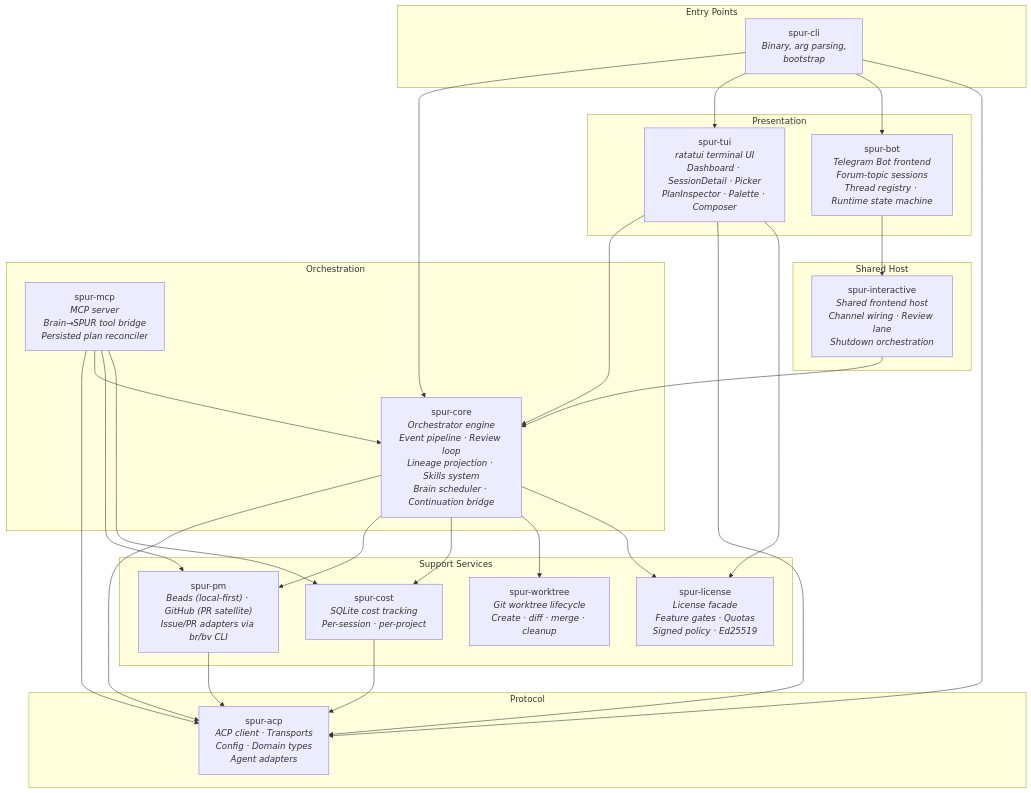
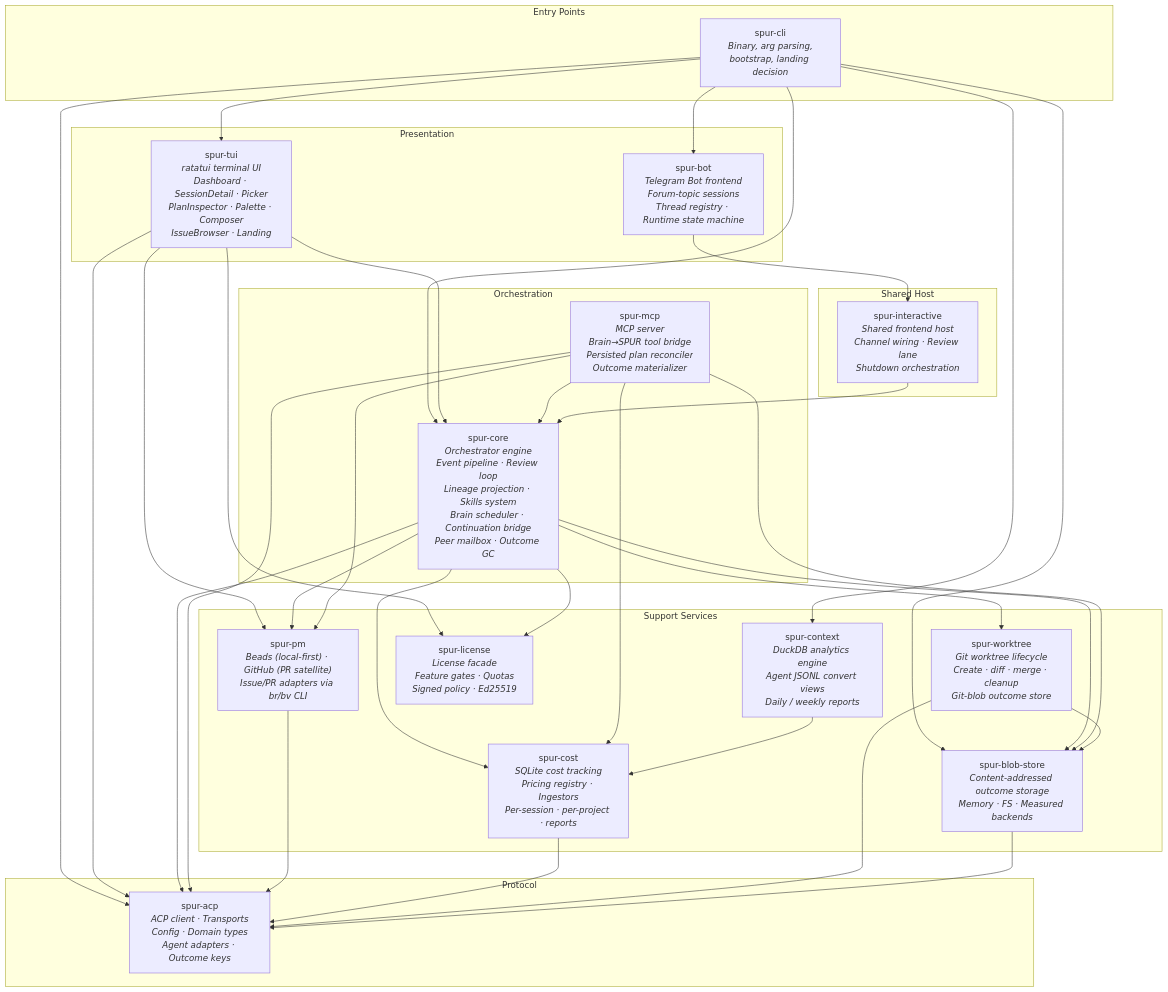
Before and after one commit to getspur/spur: the first of 6 diagrams in docs/architecture.md, drawn with Mermaid. The commit also changed other lines of this file, not shown here.

First line of the commit message:
docs(architecture): mark Risk #21 fixed by bd-arch.21

````diff
--- a/docs/architecture.md
+++ b/docs/architecture.md
@@ -9,52 +11,63 @@
 ```mermaid
 graph TB
     subgraph "Entry Points"
-        CLI["spur-cli<br/><i>Binary, arg parsing,<br/>bootstrap</i>"]
+        CLI["spur-cli<br/><i>Binary, arg parsing,<br/>bootstrap, landing decision</i>"]
     end
 
     subgraph "Presentation"
-        TUI["spur-tui<br/><i>ratatui terminal UI<br/>Dashboard · SessionDetail · Picker<br/>PlanInspector · Palette · Composer</i>"]
+        TUI["spur-tui<br/><i>ratatui terminal UI<br/>Dashboard · SessionDetail · Picker<br/>PlanInspector · Palette · Composer<br/>IssueBrowser · Landing</i>"]
         BOT["spur-bot<br/><i>Telegram Bot frontend<br/>Forum-topic sessions<br/>Thread registry · Runtime state machine</i>"]
     end
 
     subgraph "Orchestration"
-        CORE["spur-core<br/><i>Orchestrator engine<br/>Event pipeline · Review loop<br/>Lineage projection · Skills system<br/>Brain scheduler · Continuation bridge</i>"]
-        MCP["spur-mcp<br/><i>MCP server<br/>Brain→SPUR tool bridge<br/>Persisted plan reconciler</i>"]
+        CORE["spur-core<br/><i>Orchestrator engine<br/>Event pipeline · Review loop<br/>Lineage projection · Skills system<br/>Brain scheduler · Continuation bridge<br/>Peer mailbox · Outcome GC</i>"]
+        MCP["spur-mcp<br/><i>MCP server<br/>Brain→SPUR tool bridge<br/>Persisted plan reconciler<br/>Outcome materializer</i>"]
     end
 
     subgraph "Protocol"
-        ACP["spur-acp<br/><i>ACP client · Transports<br/>Config · Domain types<br/>Agent adapters</i>"]
+        ACP["spur-acp<br/><i>ACP client · Transports<br/>Config · Domain types<br/>Agent adapters · Outcome keys</i>"]
     end
 
     subgraph "Support Services"
         PM["spur-pm<br/><i>Beads (local-first) · GitHub (PR satellite)<br/>Issue/PR adapters via br/bv CLI</i>"]
-        COST["spur-cost<br/><i>SQLite cost tracking<br/>Per-session · per-project</i>"]
-        WT["spur-worktree<br/><i>Git worktree lifecycle<br/>Create · diff · merge · cleanup</i>"]
+        COST["spur-cost<br/><i>SQLite cost tracking<br/>Pricing registry · Ingestors<br/>Per-session · per-project · reports</i>"]
+        WT["spur-worktree<br/><i>Git worktree lifecycle<br/>Create · diff · merge · cleanup<br/>Git-blob outcome store</i>"]
         LICENSE["spur-license<br/><i>License facade<br/>Feature gates · Quotas<br/>Signed policy · Ed25519</i>"]
+        BLOB["spur-blob-store<br/><i>Content-addressed outcome storage<br/>Memory · FS · Measured backends</i>"]
+        CTX["spur-context<br/><i>DuckDB analytics engine<br/>Agent JSONL convert views<br/>Daily / weekly reports</i>"]
     end
 
     subgraph "Shared Host"
         INTERACTIVE["spur-interactive<br/><i>Shared frontend host<br/>Channel wiring · Review lane<br/>Shutdown orchestration</i>"]
     end
 
     CLI --> CORE
     CLI --> TUI
     CLI --> BOT
     CLI --> ACP
+    CLI --> BLOB
+    CLI --> CTX
     TUI --> CORE
     TUI --> ACP
     TUI --> LICENSE
+    TUI --> PM
     BOT --> INTERACTIVE
     CORE --> ACP
     CORE --> PM
     CORE --> COST
     CORE --> WT
     CORE --> LICENSE
+    CORE --> BLOB
     MCP --> ACP
     MCP --> CORE
     MCP --> PM
     MCP --> COST
+    MCP --> BLOB
     INTERACTIVE --> CORE
     PM --> ACP
     COST --> ACP
+    WT --> BLOB
+    WT --> ACP
+    BLOB --> ACP
+    CTX --> COST
 ```
````
